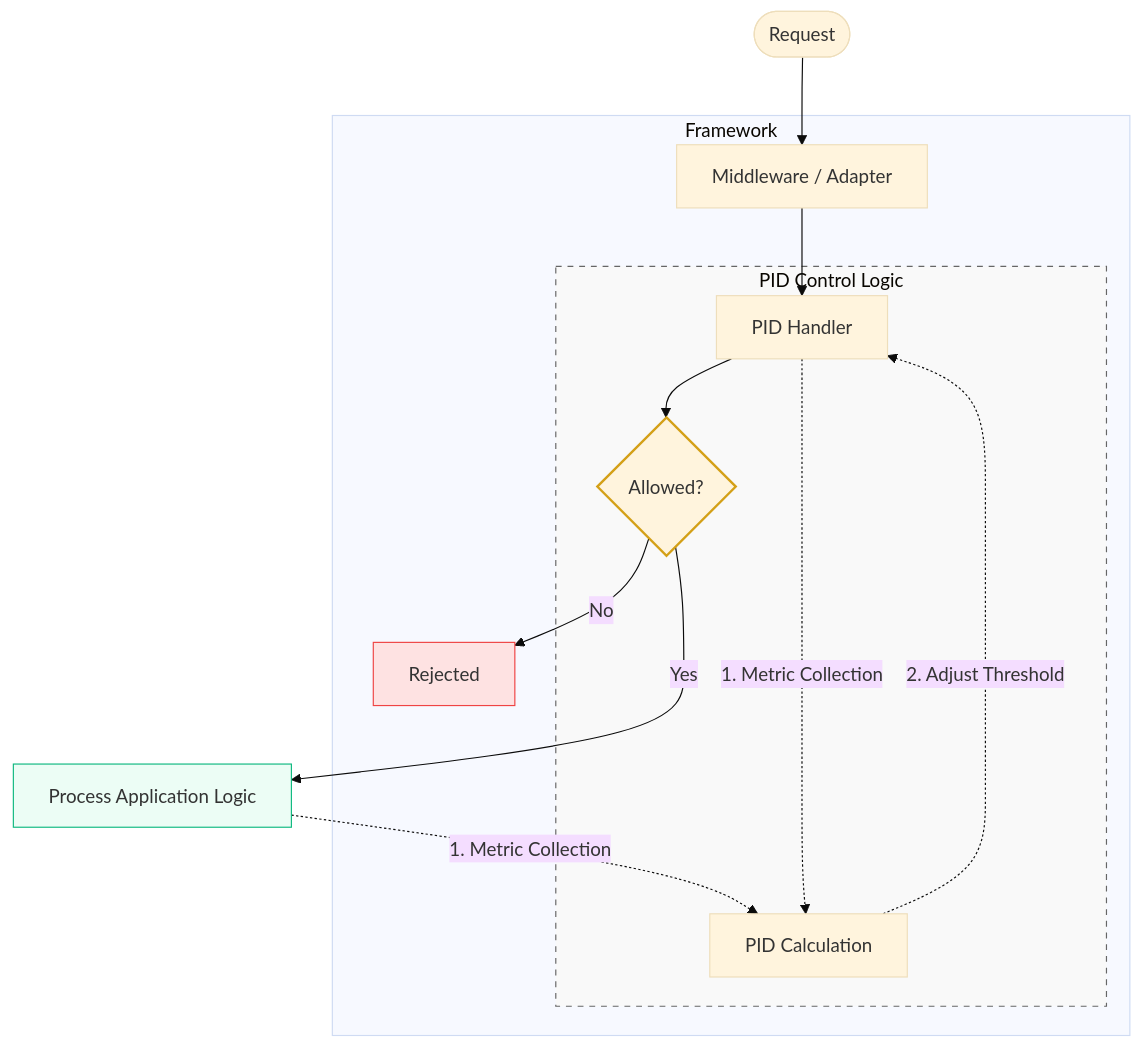
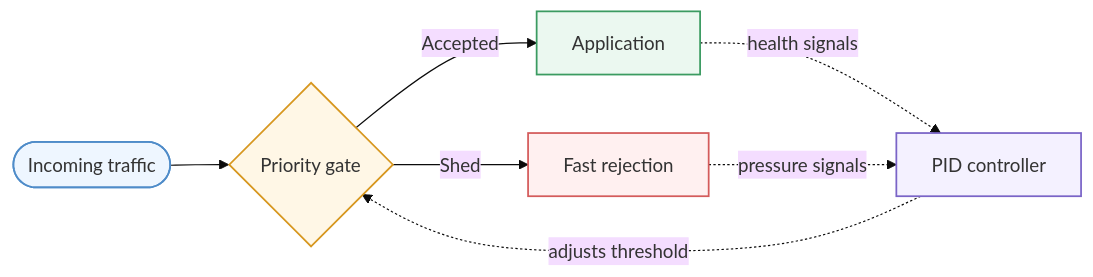
The diagram in README.md (jfrz38/rate-limit-pid-controller), drawn with Mermaid before and after one commit.

````diff
--- a/README.md
+++ b/README.md
@@ -46,30 +36,17 @@
 ```mermaid
-%%{init: {'theme': 'base', 'graph': {'curve': 'linear'}}}%%
-flowchart TD
-  Req([Request]) --> Adapter[Middleware / Adapter]
-  subgraph Framework [Framework]
-    Adapter --> PID[PID Handler]
-    
-    subgraph Core [PID Control Logic]
-      PID --> Decision{Allowed?}
-      Stats[PID Calculation]
-    end
-    
-    Error[Rejected]
-  end
+%%{init: {'theme': 'base', 'themeVariables': {'fontFamily': 'Inter, Arial, sans-serif'}, 'flowchart': {'curve': 'basis'}}}%%
+flowchart LR
+  Traffic([Incoming traffic]) --> Gate{Priority gate}
+  Gate -->|Accepted| App[Application]
+  Gate -->|Shed| Rejected[Fast rejection]
 
-  Decision -->|Yes| App[Process Application Logic]
-  Decision -->|No| Error[Rejected]
+  App -. health signals .-> Controller[PID controller]
+  Rejected -. pressure signals .-> Controller
+  Controller -. adjusts threshold .-> Gate
 
-  %% Feedback Loop
-  App -.->|1. Metric Collection| Stats[PID Calculation]
-  PID -.->|1. Metric Collection| Stats[PID Calculation]
-  Stats -.->|2. Adjust Threshold| PID
-
-  Error ~~~ App
-
-  style Decision fill:#fff4dd,stroke:#d4a017,stroke-width:2px
-  style Core fill:#f9f9f9,stroke:#666,stroke-dasharray: 5 5
-  style Error fill:#fee2e2,stroke:#ef4444
-  style App fill:#ecfdf5,stroke:#10b981
+  style Traffic fill:#eef6ff,stroke:#4f8cc9,stroke-width:1.5px
+  style Gate fill:#fff7e6,stroke:#d7971f,stroke-width:1.5px
+  style App fill:#ebf8f0,stroke:#3b9b61,stroke-width:1.5px
+  style Rejected fill:#fff0f0,stroke:#d45b5b,stroke-width:1.5px
+  style Controller fill:#f4f1ff,stroke:#7a64c7,stroke-width:1.5px
 ```
````
